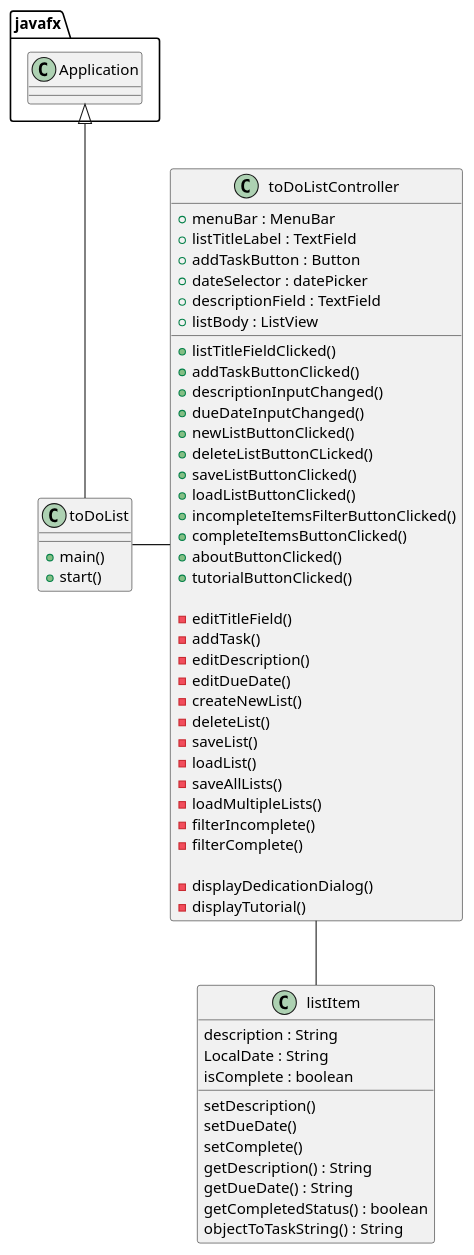
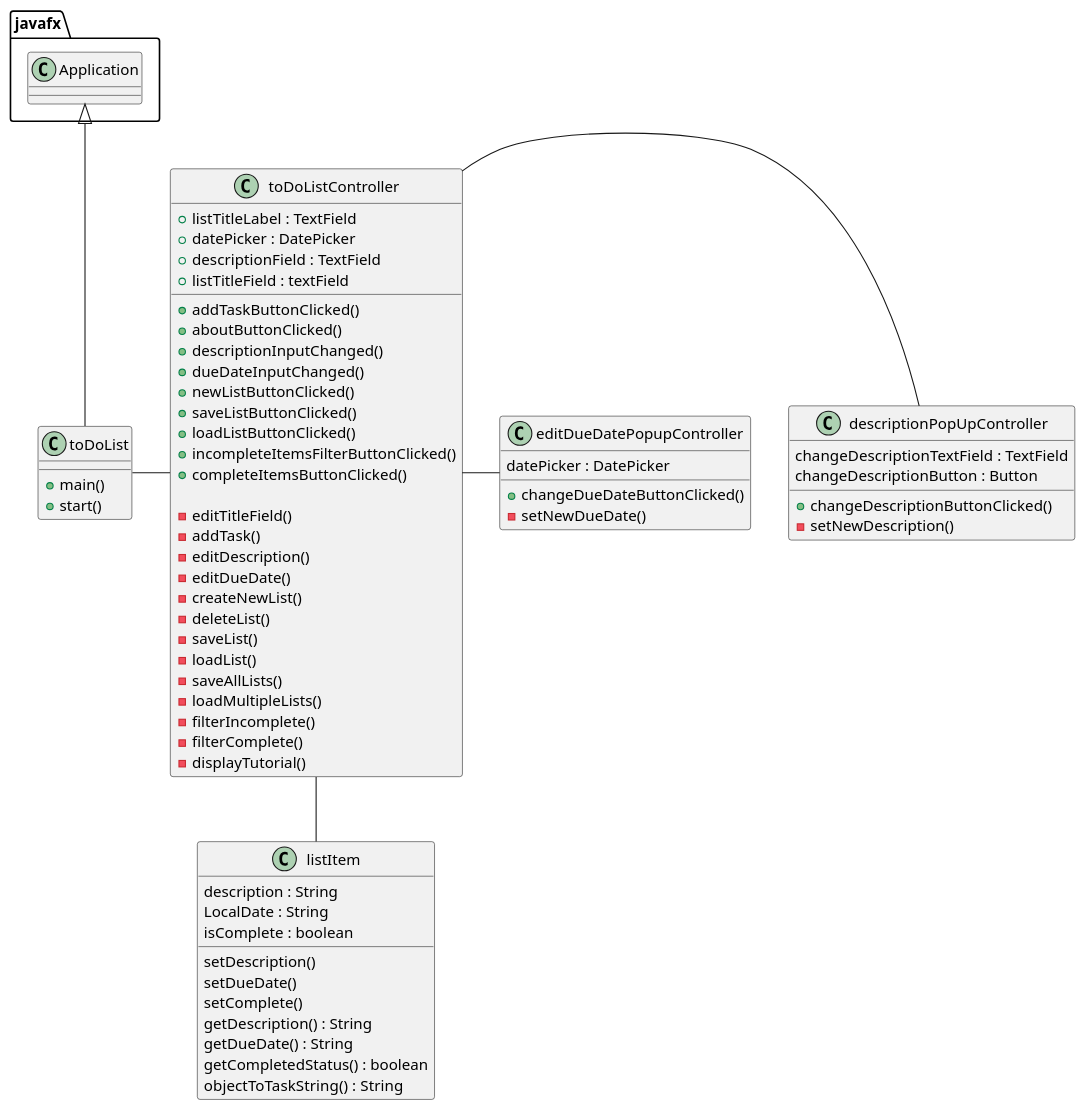
The diagram in uml/ToDoList.puml (jasonsaini/Java-ToDo-GUI), drawn with PlantUML before and after one commit. The commit also changed 3 other files, not shown here.

Commit message:
Updated UML diagram for new design

```diff
--- a/uml/ToDoList.puml
+++ b/uml/ToDoList.puml
@@ -1,69 +1,79 @@
 @startuml
 
 class toDoList
 {
     + main()
     + start()
 }
 
 class toDoListController
 {
 
-        + menuBar : MenuBar
         + listTitleLabel : TextField
-        + addTaskButton : Button
-        + dateSelector : datePicker
+        + datePicker : DatePicker
         + descriptionField : TextField
-        + listBody : ListView
+        + listTitleField : textField
 
-        + listTitleFieldClicked()
         + addTaskButtonClicked()
+        + aboutButtonClicked()
         + descriptionInputChanged()
         + dueDateInputChanged()
         + newListButtonClicked()
-        + deleteListButtonCLicked()
         + saveListButtonClicked()
         + loadListButtonClicked()
         + incompleteItemsFilterButtonClicked()
         + completeItemsButtonClicked()
-        + aboutButtonClicked()
-        + tutorialButtonClicked()
 
         - editTitleField()
         - addTask()
         - editDescription()
         - editDueDate()
         - createNewList()
         - deleteList()
         - saveList()
         - loadList()
         - saveAllLists()
         - loadMultipleLists()
         - filterIncomplete()
         - filterComplete()
+        - displayTutorial()
+}
 
-        - displayDedicationDialog()
-        - displayTutorial()
+class descriptionPopUpController
+{
+    changeDescriptionTextField : TextField
+    changeDescriptionButton : Button
+
+    + changeDescriptionButtonClicked()
+    - setNewDescription()
 }
 
 
 class listItem
 {
     description : String
     LocalDate : String
     isComplete : boolean
 
     setDescription()
     setDueDate()
     setComplete()
     getDescription() : String
     getDueDate() : String
     getCompletedStatus() : boolean
     objectToTaskString() : String
 }
 
+class editDueDatePopupController
+{
+   datePicker : DatePicker
+   + changeDueDateButtonClicked()
+   - setNewDueDate()
+}
+
 javafx.Application <|-- toDoList
 toDoList - toDoListController
 toDoListController -- listItem
-
+toDoListController - descriptionPopUpController
+toDoListController - editDueDatePopupController
 @enduml
```
